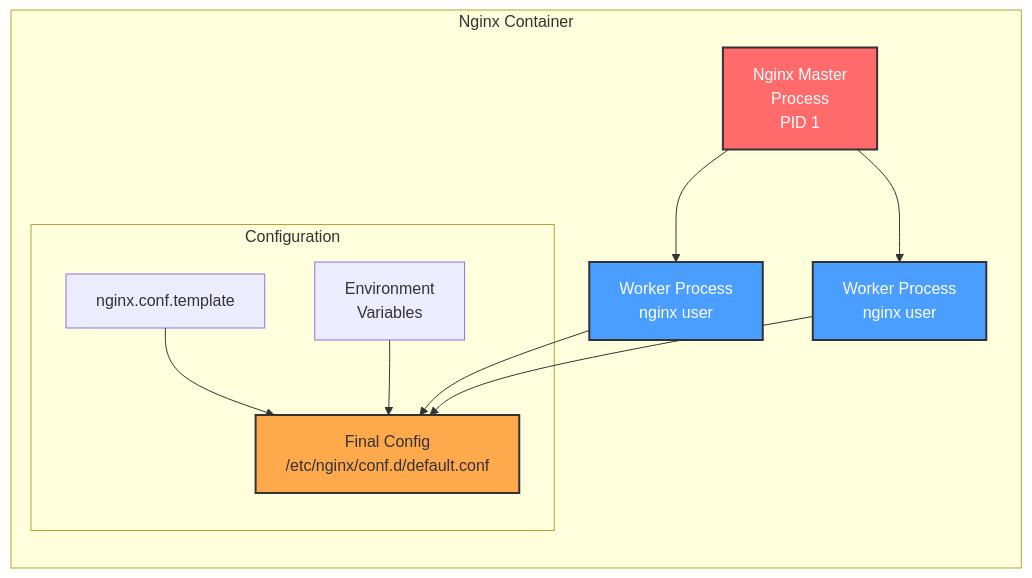
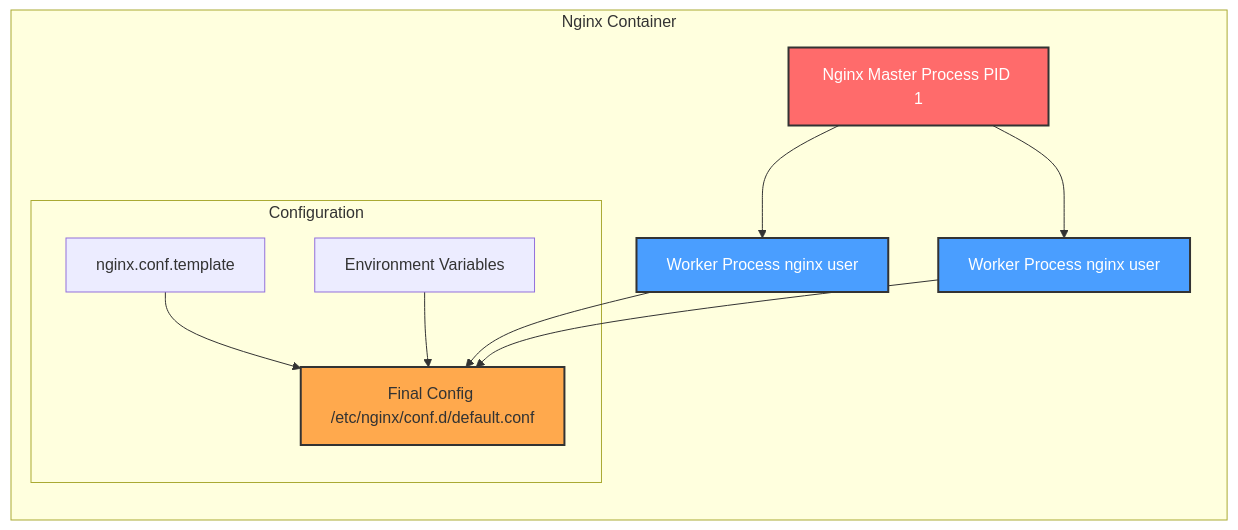
Before and after one commit to softwarewrighter/dev-proxy: the second of 9 diagrams in wiki/Architecture.md, drawn with Mermaid. The commit also changed other lines of this file and 6 other files, not shown here.

First line of the commit message:
Fix wiki Mermaid diagrams: remove <br/> tags

````diff
--- a/wiki/Architecture.md
+++ b/wiki/Architecture.md
@@ -72,29 +72,29 @@
 ```mermaid
 graph LR
     subgraph "Nginx Container"
         direction TB
-        Master["Nginx Master<br/>Process<br/>PID 1"]
-        Worker1["Worker Process<br/>nginx user"]
-        Worker2["Worker Process<br/>nginx user"]
+        Master["Nginx Master Process PID 1"]
+        Worker1["Worker Process nginx user"]
+        Worker2["Worker Process nginx user"]
 
         Master --> Worker1
         Master --> Worker2
 
         subgraph "Configuration"
             Template["nginx.conf.template"]
-            Env["Environment<br/>Variables"]
-            Final["Final Config<br/>/etc/nginx/conf.d/default.conf"]
+            Env["Environment Variables"]
+            Final["Final Config /etc/nginx/conf.d/default.conf"]
 
             Template --> Final
             Env --> Final
         end
 
         Worker1 --> Final
         Worker2 --> Final
     end
 
     style Master fill:#ff6b6b,stroke:#333,stroke-width:2px,color:#fff
     style Worker1 fill:#4a9eff,stroke:#333,stroke-width:2px,color:#fff
     style Worker2 fill:#4a9eff,stroke:#333,stroke-width:2px,color:#fff
     style Final fill:#ffa94d,stroke:#333,stroke-width:2px
 ```
````
